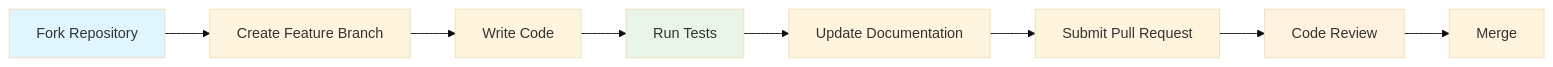
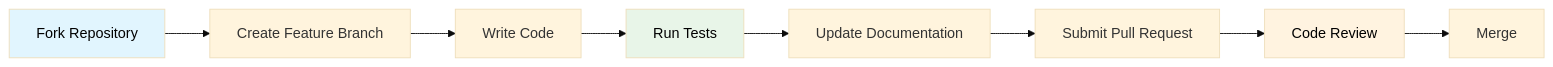
The eighth of 12 diagrams in docs/COMPLETE-DOCUMENTATION-GUIDE.md (Interlaken0/temperature-plotter), drawn with Mermaid (base theme) before and after one commit. The commit also changed other lines of this file and 8 other files, not shown here.

First line of the commit message:
Standardise Mermaid diagram text colour to black across all documentation

````diff
--- a/docs/COMPLETE-DOCUMENTATION-GUIDE.md
+++ b/docs/COMPLETE-DOCUMENTATION-GUIDE.md
@@ -312,14 +312,14 @@
 ```mermaid
 graph LR
     A[Fork Repository] --> B[Create Feature Branch]
     B --> C[Write Code]
     C --> D[Run Tests]
     D --> E[Update Documentation]
     E --> F[Submit Pull Request]
     F --> G[Code Review]
     G --> H[Merge]
     
-    style A fill:#e1f5fe
-    style D fill:#e8f5e8
-    style G fill:#fff3e0
+    style A fill:#e1f5fe,color:#000000
+    style D fill:#e8f5e8,color:#000000
+    style G fill:#fff3e0,color:#000000
 ```
````
